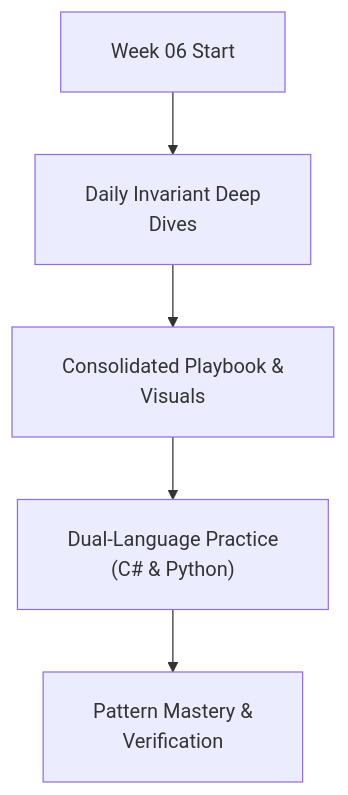
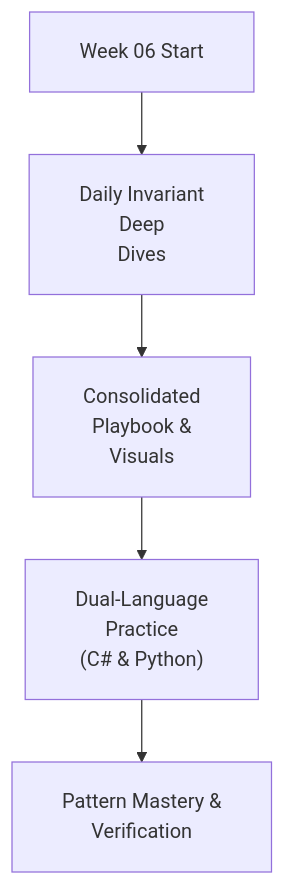
One commit to dip4k/DSA_102 changed the diagram in week_06_string_manipulation_patterns/README.md. Above: the diagram before and after it, drawn with Mermaid. The commit also changed 106 other files, not shown here.

First line of the commit message:
fix(mermaid): prevent text clipping with foreignObject overflow and tighter line wrapping

````diff
--- a/week_06_string_manipulation_patterns/README.md
+++ b/week_06_string_manipulation_patterns/README.md
@@ -16,8 +16,8 @@
 ```mermaid
-%%{init: {"flowchart": {"htmlLabels": true, "padding": 20}}}%%
+%%{init: {"flowchart": {"htmlLabels": true, "padding": 20}, "themeCSS": "foreignObject { overflow: visible !important; }"}}%%
 flowchart TD
-    Start["Week 06 Start"] --> Daily["Daily Invariant Deep<br/>Dives"]
-    Daily --> Playbook["Consolidated Playbook &<br/>Visuals"]
-    Playbook --> DualLang["Dual-Language Practice<br/>(C# & Python)"]
+    Start["Week 06 Start"] --> Daily["Daily Invariant<br/>Deep<br/>Dives"]
+    Daily --> Playbook["Consolidated<br/>Playbook &<br/>Visuals"]
+    Playbook --> DualLang["Dual-Language<br/>Practice<br/>(C# & Python)"]
     DualLang --> Mastery["Pattern Mastery &<br/>Verification"]
 ```
````
